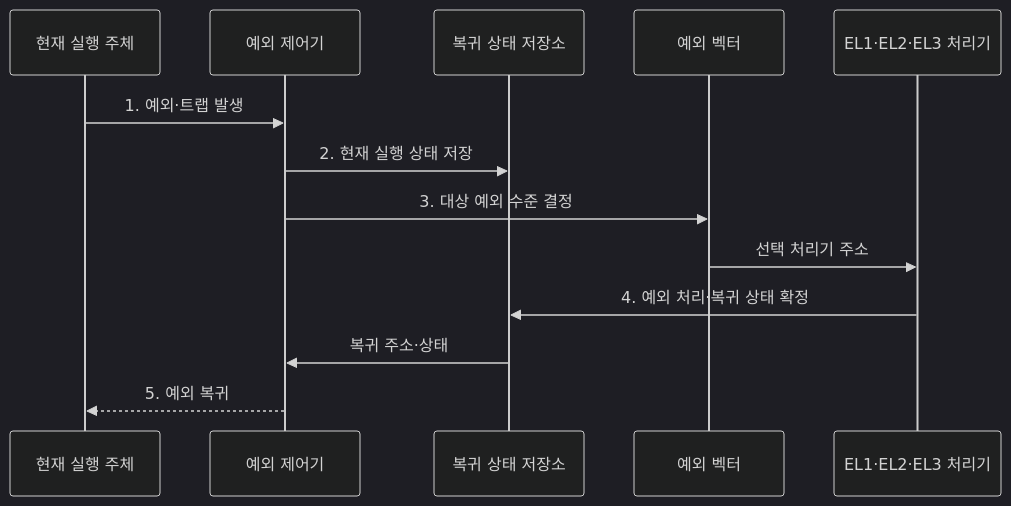
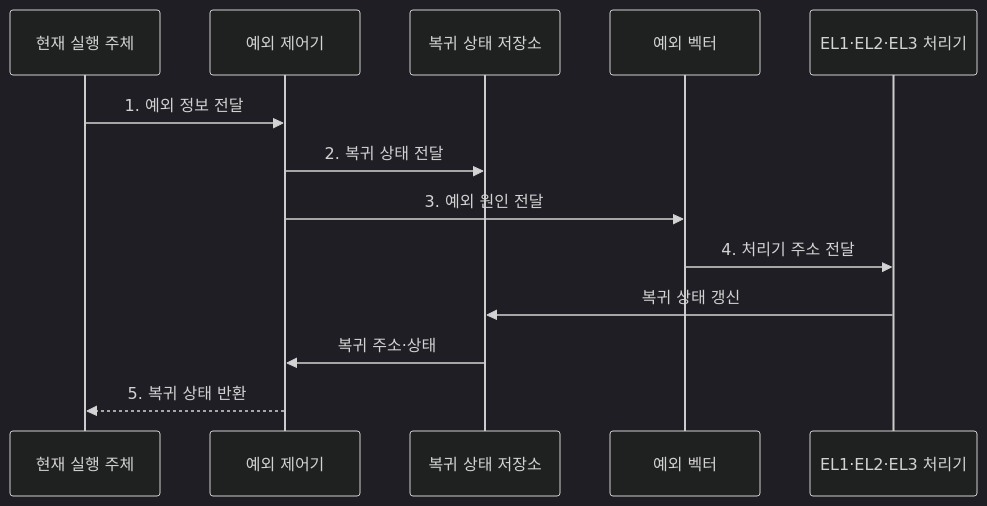
The second of 2 diagrams in src/content/docs/notes/02-hardware/005_arm_architecture.md (agnusdei1207/knowledge-base), drawn with Mermaid (dark theme) before and after one commit. The commit also changed other lines of this file and 20 other files, not shown here.

````diff
--- a/src/content/docs/notes/02-hardware/005_arm_architecture.md
+++ b/src/content/docs/notes/02-hardware/005_arm_architecture.md
@@ -86,15 +85,15 @@
 ```mermaid
 sequenceDiagram
     participant Q as 현재 실행 주체
     participant C as 예외 제어기
     participant S as 복귀 상태 저장소
     participant V as 예외 벡터
     participant H as EL1·EL2·EL3 처리기
-    Q->>C: 1. 예외·트랩 발생
-    C->>S: 2. 현재 실행 상태 저장
-    C->>V: 3. 대상 예외 수준 결정
-    V->>H: 선택 처리기 주소
-    H->>S: 4. 예외 처리·복귀 상태 확정
+    Q->>C: 1. 예외 정보 전달
+    C->>S: 2. 복귀 상태 전달
+    C->>V: 3. 예외 원인 전달
+    V->>H: 4. 처리기 주소 전달
+    H->>S: 복귀 상태 갱신
     S->>C: 복귀 주소·상태
-    C-->>Q: 5. 예외 복귀
+    C-->>Q: 5. 복귀 상태 반환
 ```
````
